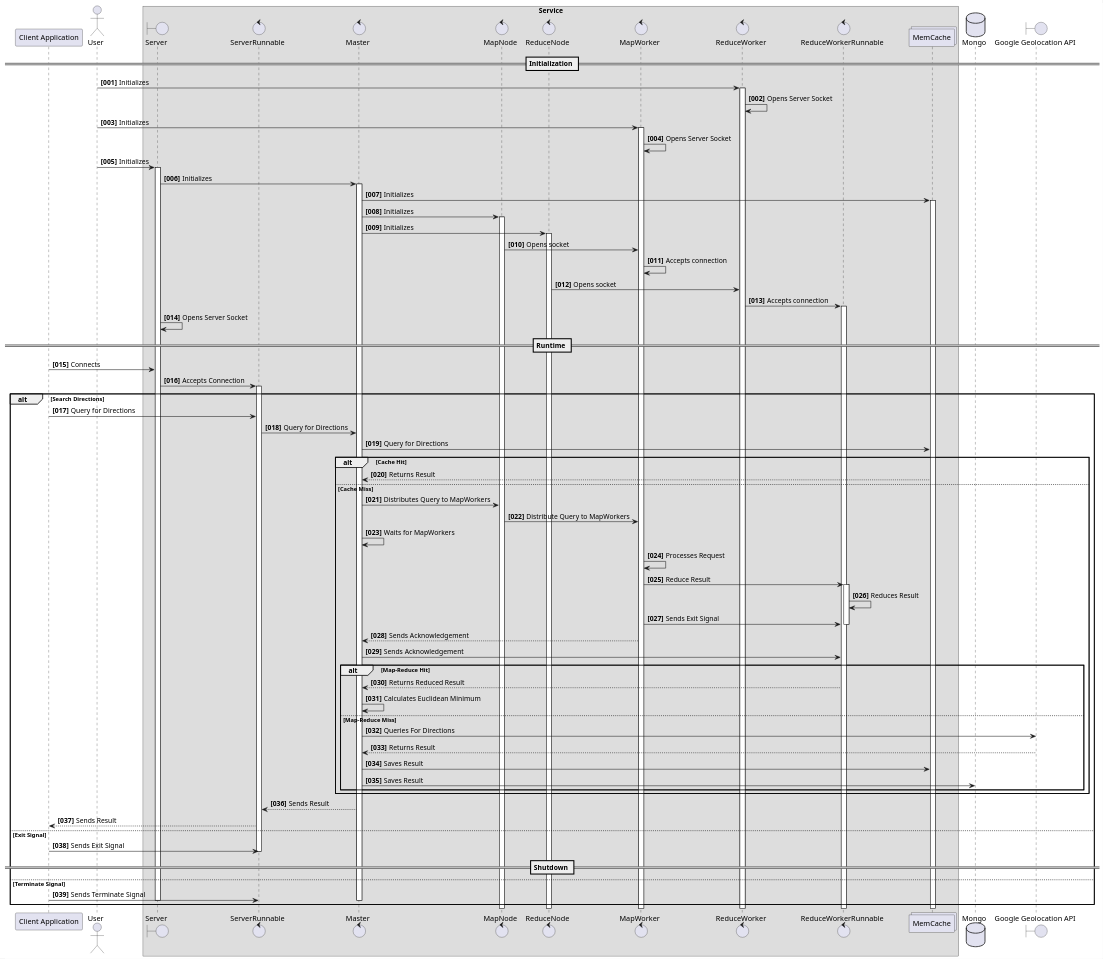
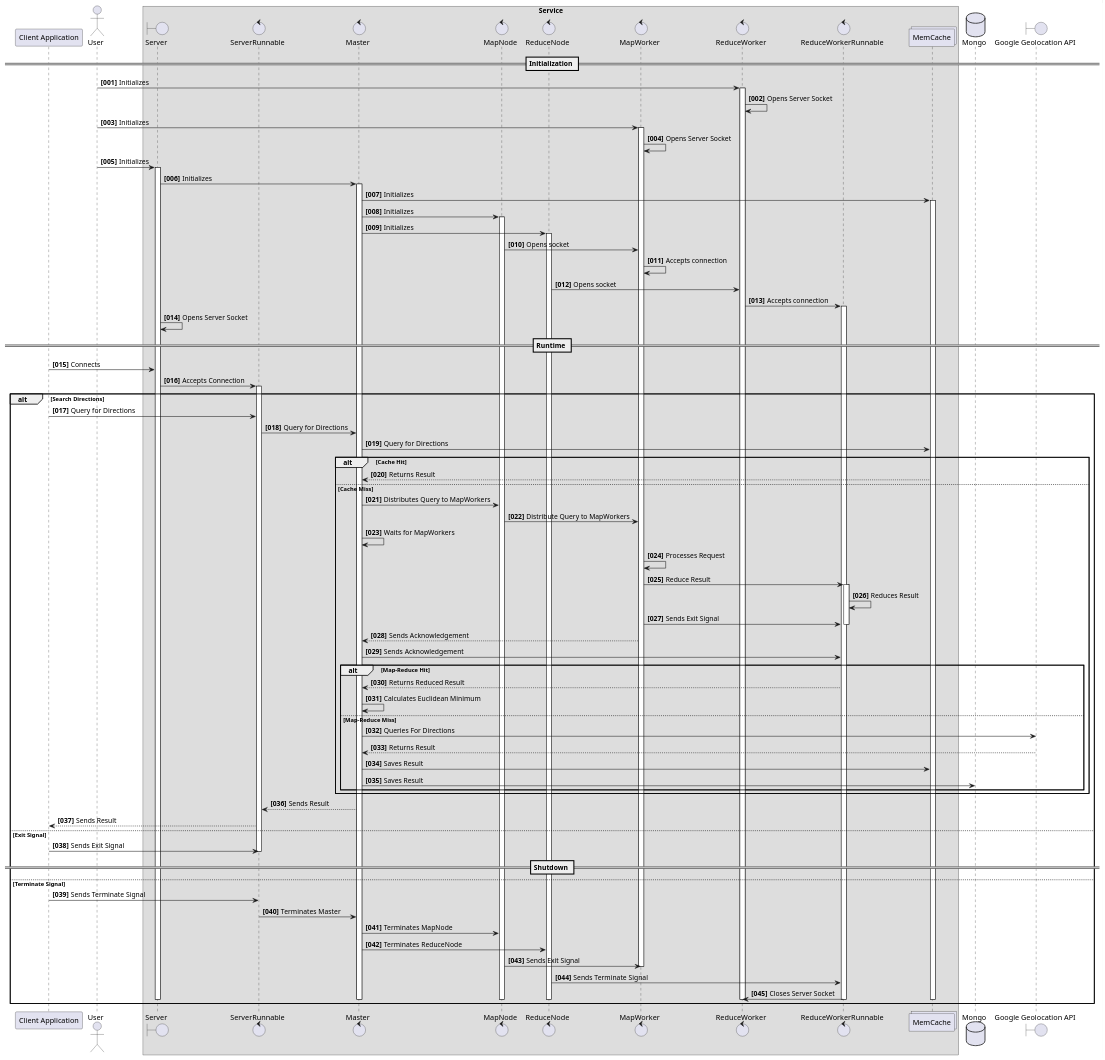
One commit to steve-papadogiannis/dist-sys-server-java changed the diagram in diagrams/uml/sequence/lifecycle.plantuml. Above: the diagram before and after it, drawn with PlantUML. The commit also changed 1 other file, not shown here.

Commit message:
Amending the diagram and flipping equals.

```diff
--- a/diagrams/uml/sequence/lifecycle.plantuml
+++ b/diagrams/uml/sequence/lifecycle.plantuml
@@ -1,141 +1,161 @@
 @startuml
 participant "Client Application" as Client
 actor User
 box Service
 boundary Server
 control ServerRunnable
 control Master
 control MapNode
 control ReduceNode
 control MapWorker
 control ReduceWorker
 control ReduceWorkerRunnable
 collections MemCache
 end box
 database Mongo
 boundary "Google Geolocation API" as GGA
 autonumber "<b>[000]"
 
 == Initialization ==
 
 User -> ReduceWorker : Initializes
 activate ReduceWorker
 
 ReduceWorker -> ReduceWorker : Opens Server Socket
 
 User -> MapWorker : Initializes
 activate MapWorker
 
 MapWorker -> MapWorker : Opens Server Socket
 
 User -> Server: Initializes
 activate Server
 
 Server -> Master : Initializes
 activate Master
 
 Master -> MemCache : Initializes
 activate MemCache
 
 Master -> MapNode : Initializes
 activate MapNode
 
 Master -> ReduceNode : Initializes
 activate ReduceNode
 
 MapNode -> MapWorker : Opens socket
 
 MapWorker -> MapWorker : Accepts connection
 
 ReduceNode -> ReduceWorker : Opens socket
 
 ReduceWorker -> ReduceWorkerRunnable : Accepts connection
 activate ReduceWorkerRunnable
 
 Server -> Server : Opens Server Socket
 
 == Runtime ==
 
 Client -> Server : Connects
 
 Server -> ServerRunnable : Accepts Connection
 activate ServerRunnable
 
 alt Search Directions
 
 Client -> ServerRunnable : Query for Directions
 
 ServerRunnable -> Master : Query for Directions
 
 Master -> MemCache : Query for Directions
 
 alt Cache Hit
 
 MemCache --> Master : Returns Result
 
 else Cache Miss
 
 Master -> MapNode : Distributes Query to MapWorkers
 
 MapNode -> MapWorker : Distribute Query to MapWorkers
 
 Master -> Master : Waits for MapWorkers
 
 MapWorker -> MapWorker : Processes Request
 
 MapWorker -> ReduceWorkerRunnable : Reduce Result
 activate ReduceWorkerRunnable
 
 ReduceWorkerRunnable -> ReduceWorkerRunnable : Reduces Result
 
 MapWorker -> ReduceWorkerRunnable : Sends Exit Signal
 deactivate ReduceWorkerRunnable
 
 MapWorker --> Master : Sends Acknowledgement
 
 Master -> ReduceWorkerRunnable : Sends Acknowledgement
 
 alt Map-Reduce Hit
 
 ReduceWorkerRunnable --> Master : Returns Reduced Result
 
 Master -> Master : Calculates Euclidean Minimum
 
 else Map-Reduce Miss
 
 Master -> GGA : Queries For Directions
 
 GGA --> Master : Returns Result
 
 Master -> MemCache : Saves Result
 
 Master -> Mongo : Saves Result
 
 end
 
 end
 
 Master --> ServerRunnable : Sends Result
 
 ServerRunnable --> Client : Sends Result
 
 else Exit Signal
 
 Client -> ServerRunnable : Sends Exit Signal
 deactivate ServerRunnable
 
 == Shutdown ==
 
 else Terminate Signal
 
 Client -> ServerRunnable : Sends Terminate Signal
+
+ServerRunnable -> Master : Terminates Master
+
+Master -> MapNode : Terminates MapNode
+
+Master -> ReduceNode : Terminates ReduceNode
+
+MapNode -> MapWorker : Sends Exit Signal
+deactivate MapWorker
+
+ReduceNode -> ReduceWorkerRunnable : Sends Terminate Signal
+
+ReduceWorkerRunnable -> ReduceWorker : Closes Server Socket
+
+deactivate ReduceWorkerRunnable
+deactivate ReduceWorker
+
+deactivate ReduceNode
+deactivate MapNode
+deactivate MemCache
+deactivate Master
+
 deactivate ServerRunnable
-
-deactivate Master
 
 deactivate Server
 
 end
 
 
 @enduml
```
